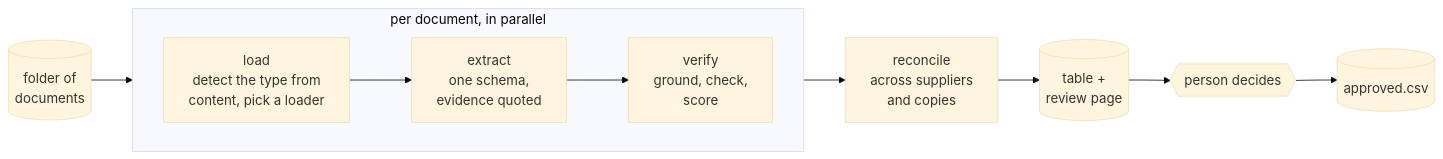
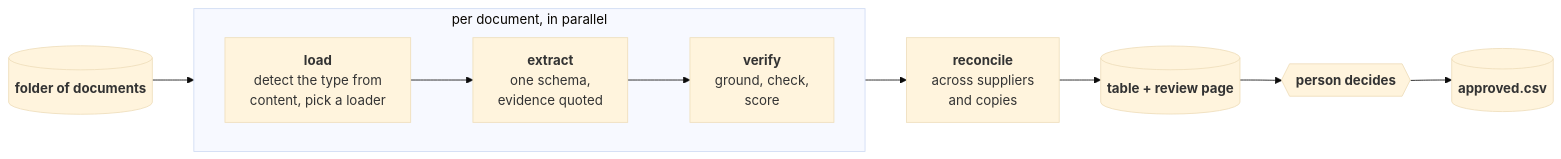
Before and after one commit to sean-carmody5/docintel: the first of 2 diagrams in README.md, drawn with Mermaid (base theme). The commit also changed other lines of this file and 3 other files, not shown here.

Commit message:
Diagrams: stage names in bold; write-up notes on model comparison breadth and the second pass

````diff
--- a/README.md
+++ b/README.md
@@ -7,12 +7,12 @@
 ```mermaid
 flowchart LR
-  F[(folder of<br/>documents)] --> L
+  F[("<b>folder of documents</b>")] --> L
   subgraph P["per document, in parallel"]
     direction LR
-    L[load<br/>detect the type from<br/>content, pick a loader] --> X[extract<br/>one schema,<br/>evidence quoted] --> V[verify<br/>ground, check,<br/>score]
+    L["<b>load</b><br/>detect the type from<br/>content, pick a loader"] --> X["<b>extract</b><br/>one schema,<br/>evidence quoted"] --> V["<b>verify</b><br/>ground, check,<br/>score"]
   end
-  V --> R[reconcile<br/>across suppliers<br/>and copies]
-  R --> W[(table +<br/>review page)]
-  W --> H{{person decides}}
-  H --> A[(approved.csv)]
+  V --> R["<b>reconcile</b><br/>across suppliers<br/>and copies"]
+  R --> W[("<b>table + review page</b>")]
+  W --> H{{"<b>person decides</b>"}}
+  H --> A[("<b>approved.csv</b>")]
 ```
````
